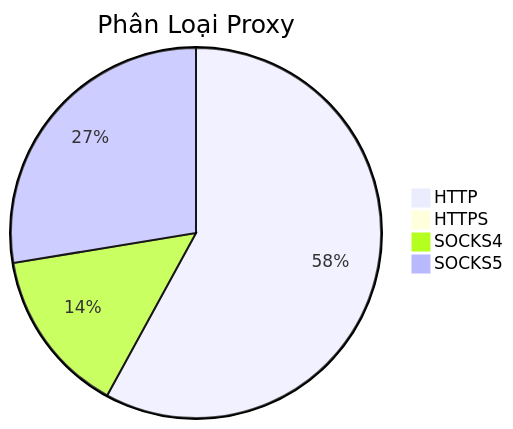
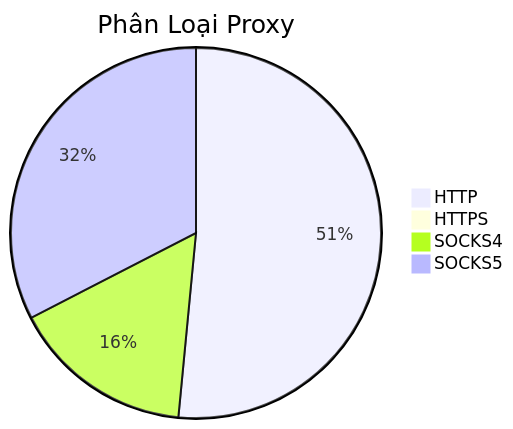
The diagram in README.md (Ciara-12/PROXY-free), drawn with Mermaid before and after one commit. The commit also changed other lines of this file and 4 other files, not shown here.

````diff
--- a/README.md
+++ b/README.md
@@ -26,7 +26,7 @@
 ```mermaid
 pie title Phân Loại Proxy
-    "HTTP" : 666
-    "HTTPS" : 5
-    "SOCKS4" : 166
-    "SOCKS5" : 317
+    "HTTP" : 560
+    "HTTPS" : 3
+    "SOCKS4" : 173
+    "SOCKS5" : 354
 ```
````
